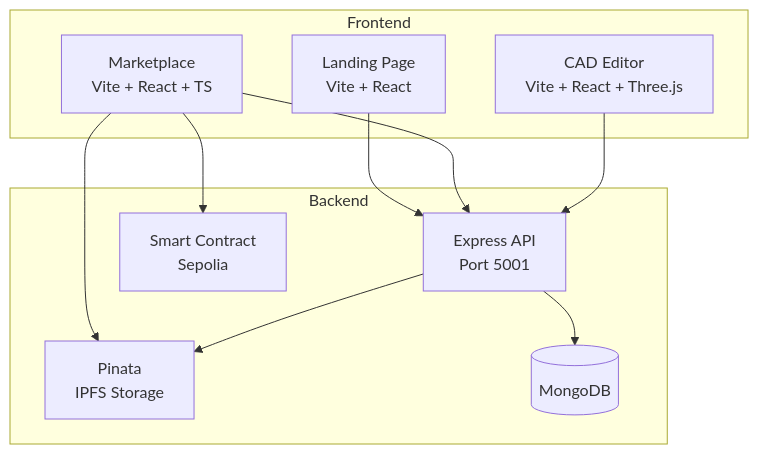
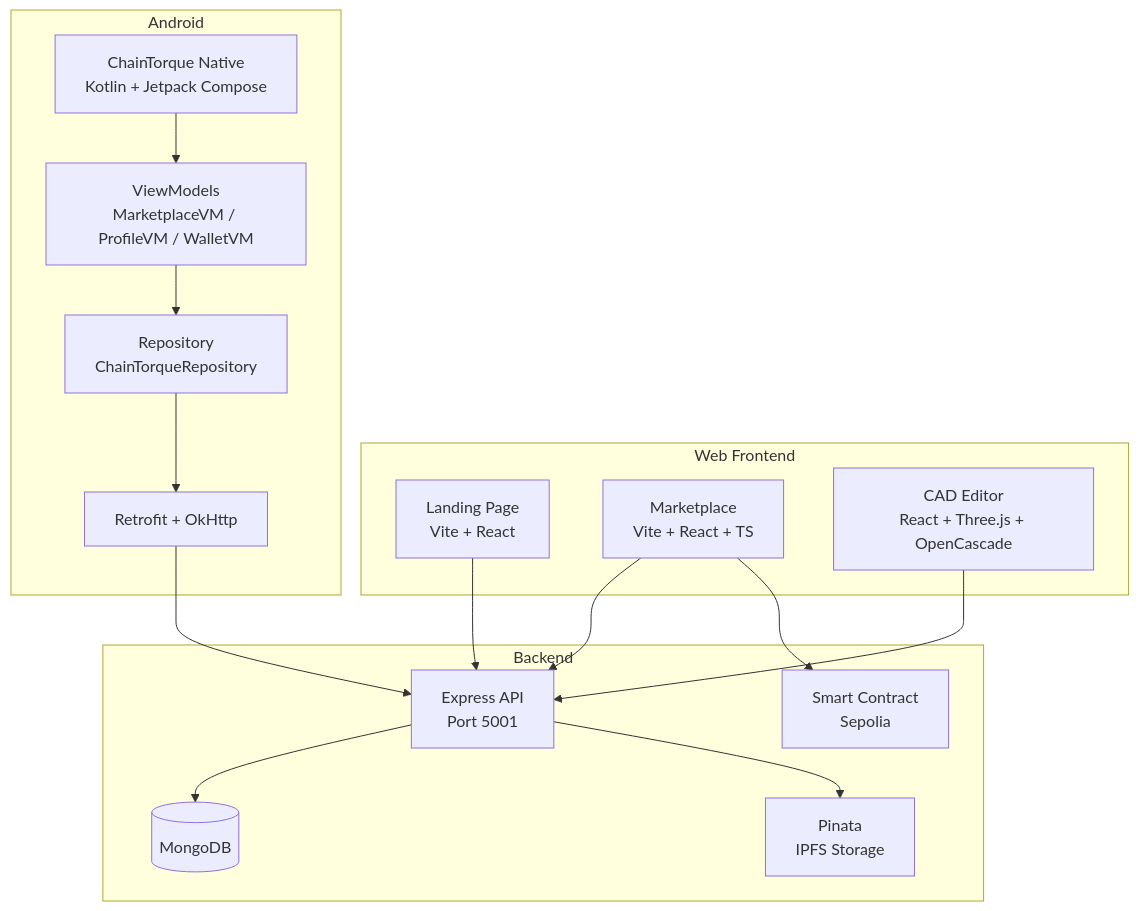
The diagram in README.md (Dealer-09/Chain-Torque), drawn with Mermaid before and after one commit. The commit also changed other lines of this file and 1 other file, not shown here.

````diff
--- a/README.md
+++ b/README.md
@@ -148,23 +174,31 @@
 ```mermaid
 graph TD
-    subgraph Frontend
+    subgraph Web Frontend
         LP[Landing Page<br/>Vite + React]
         MP[Marketplace<br/>Vite + React + TS]
-        CAD[CAD Editor<br/>Vite + React + Three.js]
+        CAD[CAD Editor<br/>React + Three.js + OpenCascade]
+    end
+
+    subgraph Android
+        AND[ChainTorque Native<br/>Kotlin + Jetpack Compose]
+        VM[ViewModels<br/>MarketplaceVM / ProfileVM / WalletVM]
+        REPO[Repository<br/>ChainTorqueRepository]
+        NET[Retrofit + OkHttp]
+        AND --> VM --> REPO --> NET
     end
     
     subgraph Backend
         API[Express API<br/>Port 5001]
         SC[Smart Contract<br/>Sepolia]
         IPFS[Pinata<br/>IPFS Storage]
         DB[(MongoDB)]
     end
     
     LP --> API
     MP --> API
     MP --> SC
-    MP --> IPFS
     CAD --> API
+    NET --> API
     API --> DB
     API --> IPFS
 ```
````
